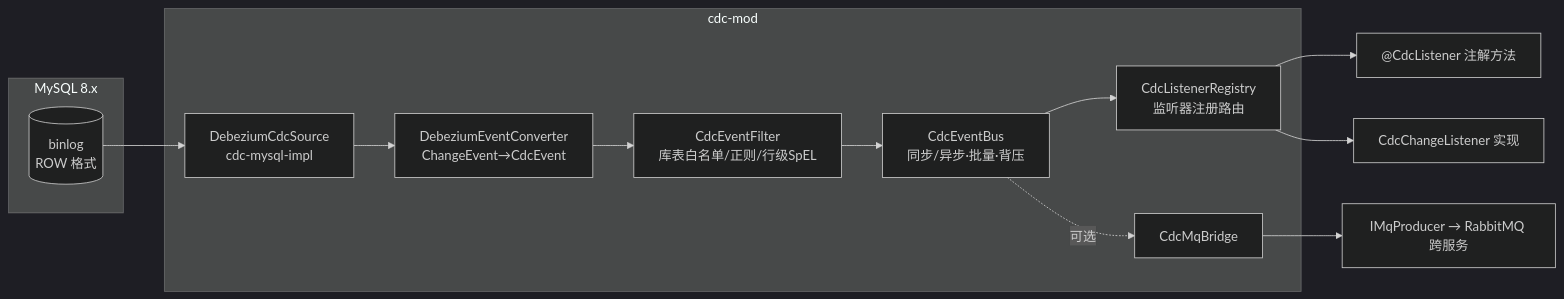
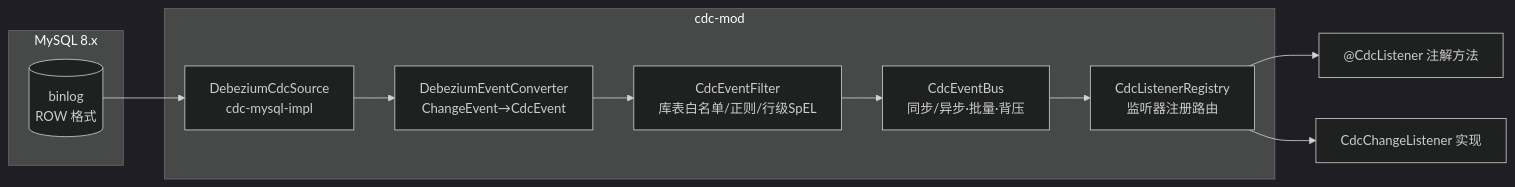
The diagram in cdc-mod/README.md (tongjames0923/abstergo_solution), drawn with Mermaid (dark theme) before and after one commit. The commit also changed other lines of this file and 6 other files, not shown here.

````diff
--- a/cdc-mod/README.md
+++ b/cdc-mod/README.md
@@ -34,17 +33,15 @@
 ```mermaid
 flowchart LR
     subgraph DB["MySQL 8.x"]
         BIN[("binlog<br/>ROW 格式")]
     end
     subgraph CDCMOD["cdc-mod"]
         SRC["DebeziumCdcSource<br/>cdc-mysql-impl"] --> CVT["DebeziumEventConverter<br/>ChangeEvent→CdcEvent"]
         CVT --> FLT["CdcEventFilter<br/>库表白名单/正则/行级SpEL"]
         FLT --> BUS["CdcEventBus<br/>同步/异步·批量·背压"]
         BUS --> REG["CdcListenerRegistry<br/>监听器注册路由"]
-        BUS -.可选.-> BR["CdcMqBridge"]
     end
     REG --> L1["@CdcListener 注解方法"]
     REG --> L2["CdcChangeListener 实现"]
-    BR --> MQ["IMqProducer → RabbitMQ 跨服务"]
     BIN --> SRC
 ```
````
